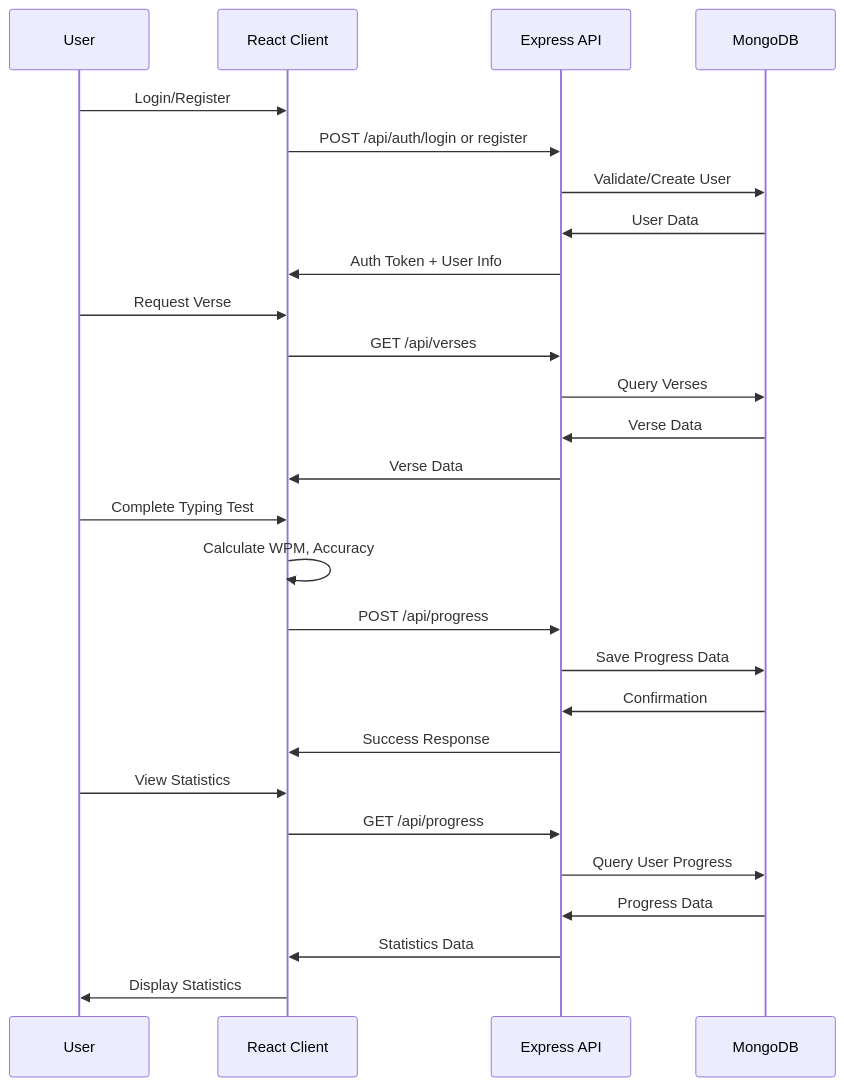
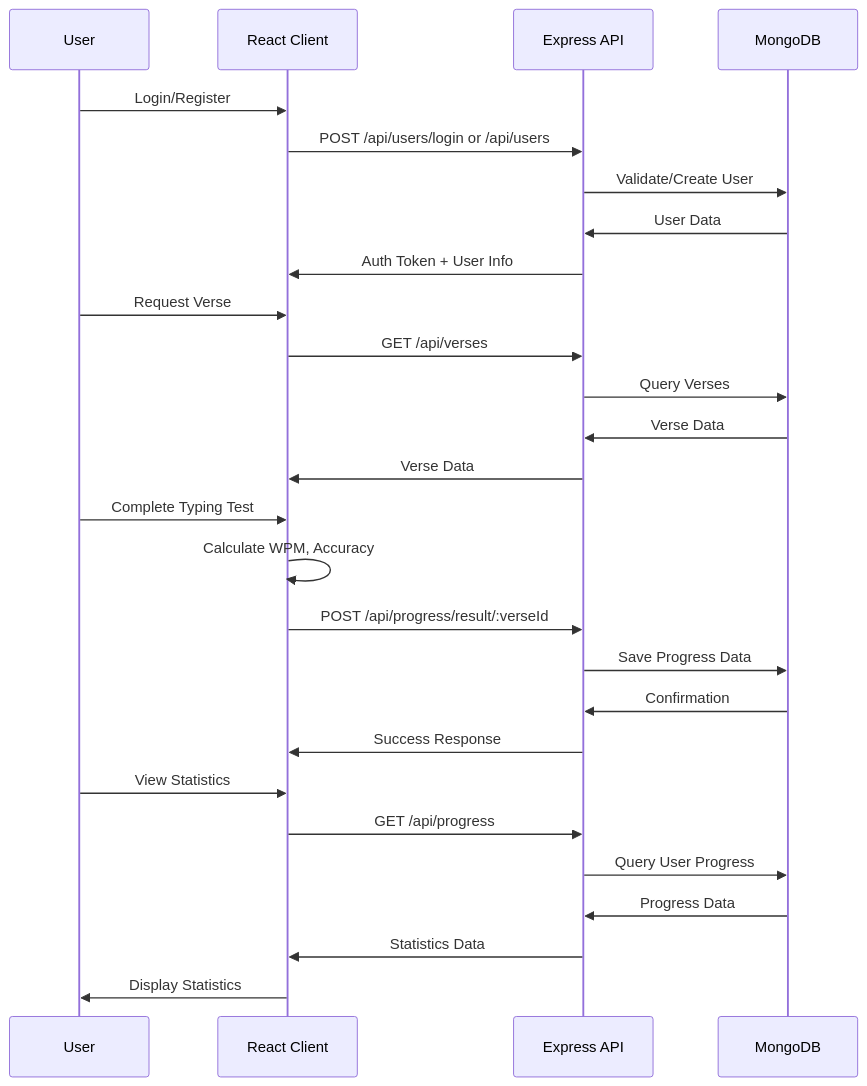
Before and after one commit to kingsbayanalytics/ttb: the third of 4 diagrams in README.md, drawn with Mermaid. The commit also changed other lines of this file and 9603 other files, not shown here.

````diff
--- a/README.md
+++ b/README.md
@@ -84,33 +84,33 @@
 ```mermaid
 sequenceDiagram
     participant User
     participant Client as React Client
     participant API as Express API
     participant DB as MongoDB
     
     User->>Client: Login/Register
-    Client->>API: POST /api/auth/login or register
+    Client->>API: POST /api/users/login or /api/users
     API->>DB: Validate/Create User
     DB->>API: User Data
     API->>Client: Auth Token + User Info
     
     User->>Client: Request Verse
     Client->>API: GET /api/verses
     API->>DB: Query Verses
     DB->>API: Verse Data
     API->>Client: Verse Data
     
     User->>Client: Complete Typing Test
     Client->>Client: Calculate WPM, Accuracy
-    Client->>API: POST /api/progress
+    Client->>API: POST /api/progress/result/:verseId
     API->>DB: Save Progress Data
     DB->>API: Confirmation
     API->>Client: Success Response
     
     User->>Client: View Statistics
     Client->>API: GET /api/progress
     API->>DB: Query User Progress
     DB->>API: Progress Data
     API->>Client: Statistics Data
     Client->>User: Display Statistics
 ```
````
